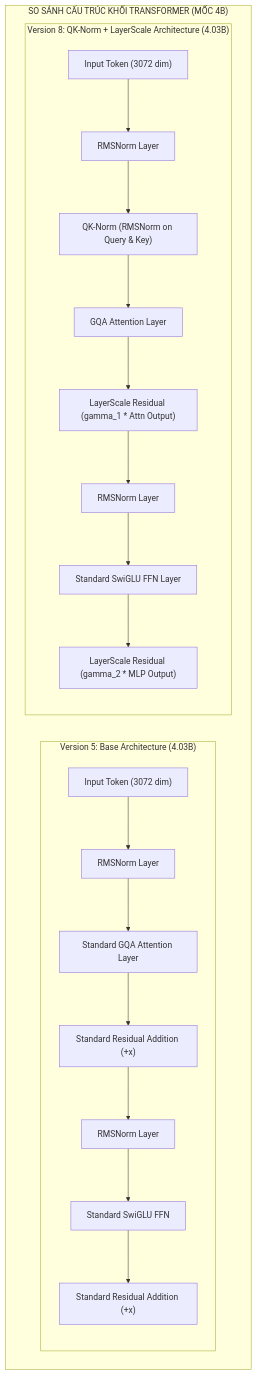
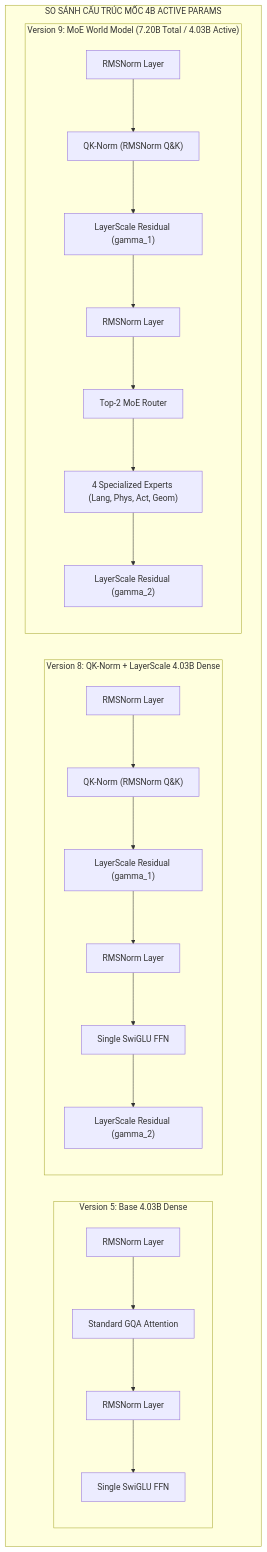
One commit to datascience180806/mini_cosmos changed the diagram in REPORT_4B_COMPARISON.md. Above: the diagram before and after it, drawn with Mermaid. The commit also changed other lines of this file, not shown here.

Commit message:
Update REPORT_4B_COMPARISON.md with 3-way ablation study (V5 vs V8 vs V9 MoE) at ~4.03B Active Parameters scale

````diff
--- a/REPORT_4B_COMPARISON.md
+++ b/REPORT_4B_COMPARISON.md
@@ -28,23 +46,27 @@
 ```mermaid
 flowchart TD
-    subgraph V5_V8_COMP["SO SÁNH CẤU TRÚC KHỐI TRANSFORMER (MỐC 4B)"]
-        subgraph V5["Version 5: Base Architecture (4.03B)"]
-            V5_IN["Input Token (3072 dim)"] --> V5_RMS1["RMSNorm Layer"]
-            V5_RMS1 --> V5_ATTN["Standard GQA Attention Layer"]
-            V5_ATTN --> V5_RES1["Standard Residual Addition (+x)"]
-            V5_RES1 --> V5_RMS2["RMSNorm Layer"]
-            V5_RMS2 --> V5_MLP["Standard SwiGLU FFN"]
-            V5_MLP --> V5_RES2["Standard Residual Addition (+x)"]
+    subgraph V5_V8_V9_COMP["SO SÁNH CẤU TRÚC MỐC 4B ACTIVE PARAMS"]
+        subgraph V5["Version 5: Base 4.03B Dense"]
+            V5_RMS1["RMSNorm Layer"] --> V5_ATTN["Standard GQA Attention"]
+            V5_ATTN --> V5_RMS2["RMSNorm Layer"]
+            V5_RMS2 --> V5_MLP["Single SwiGLU FFN"]
         end
 
-        subgraph V8["Version 8: QK-Norm + LayerScale Architecture (4.03B)"]
-            V8_IN["Input Token (3072 dim)"] --> V8_RMS1["RMSNorm Layer"]
-            V8_RMS1 --> V8_QKNORM["QK-Norm (RMSNorm on Query & Key)"]
-            V8_QKNORM --> V8_ATTN["GQA Attention Layer"]
-            V8_ATTN --> V8_LS1["LayerScale Residual (gamma_1 * Attn Output)"]
+        subgraph V8["Version 8: QK-Norm + LayerScale 4.03B Dense"]
+            V8_RMS1["RMSNorm Layer"] --> V8_QK["QK-Norm (RMSNorm Q&K)"]
+            V8_QK --> V8_LS1["LayerScale Residual (gamma_1)"]
             V8_LS1 --> V8_RMS2["RMSNorm Layer"]
-            V8_RMS2 --> V8_MLP["Standard SwiGLU FFN Layer"]
-            V8_MLP --> V8_LS2["LayerScale Residual (gamma_2 * MLP Output)"]
+            V8_RMS2 --> V8_MLP["Single SwiGLU FFN"]
+            V8_MLP --> V8_LS2["LayerScale Residual (gamma_2)"]
+        end
+
+        subgraph V9["Version 9: MoE World Model (7.20B Total / 4.03B Active)"]
+            V9_RMS1["RMSNorm Layer"] --> V9_QK["QK-Norm (RMSNorm Q&K)"]
+            V9_QK --> V9_LS1["LayerScale Residual (gamma_1)"]
+            V9_LS1 --> V9_RMS2["RMSNorm Layer"]
+            V9_RMS2 --> V9_ROUTER["Top-2 MoE Router"]
+            V9_ROUTER --> V9_EXP["4 Specialized Experts (Lang, Phys, Act, Geom)"]
+            V9_EXP --> V9_LS2["LayerScale Residual (gamma_2)"]
         end
     end
 ```
````
